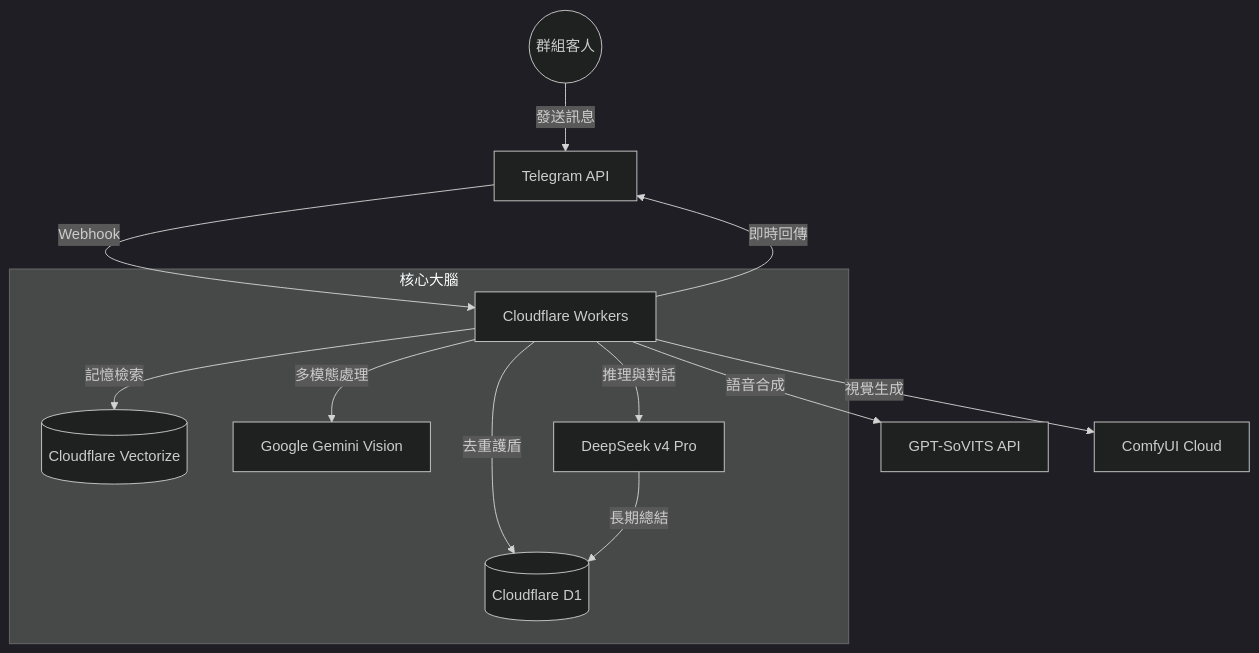
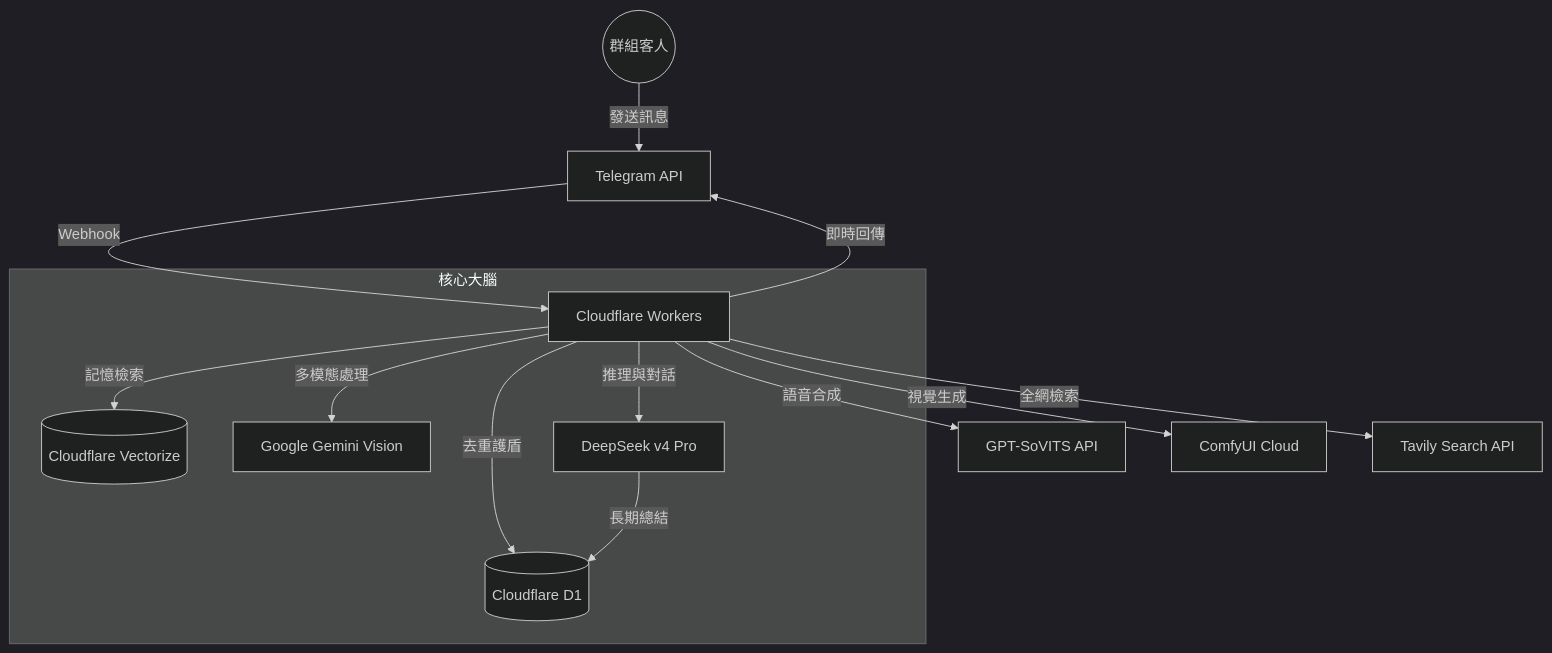
Before and after one commit to rachelqwq419/Vera-bot: the second of 2 diagrams in README.md, drawn with Mermaid (dark theme). The commit also changed other lines of this file, not shown here.

````diff
--- a/README.md
+++ b/README.md
@@ -65,17 +68,18 @@
 ```mermaid
 graph TD
     User((群組客人)) -->|發送訊息| TG[Telegram API]
     TG -->|Webhook| CFW[Cloudflare Workers]
     
     subgraph "核心大腦"
         CFW -->|去重護盾| D1[(Cloudflare D1)]
         CFW -->|記憶檢索| VEC[(Cloudflare Vectorize)]
         CFW -->|多模態處理| GEM[Google Gemini Vision]
         CFW -->|推理與對話| DS[DeepSeek v4 Pro]
         DS -->|長期總結| D1
     end
     
     CFW -->|語音合成| VS[GPT-SoVITS API]
     CFW -->|視覺生成| CUI[ComfyUI Cloud]
+    CFW -->|全網檢索| TAV[Tavily Search API]
     CFW -->|即時回傳| TG
 ```
````
